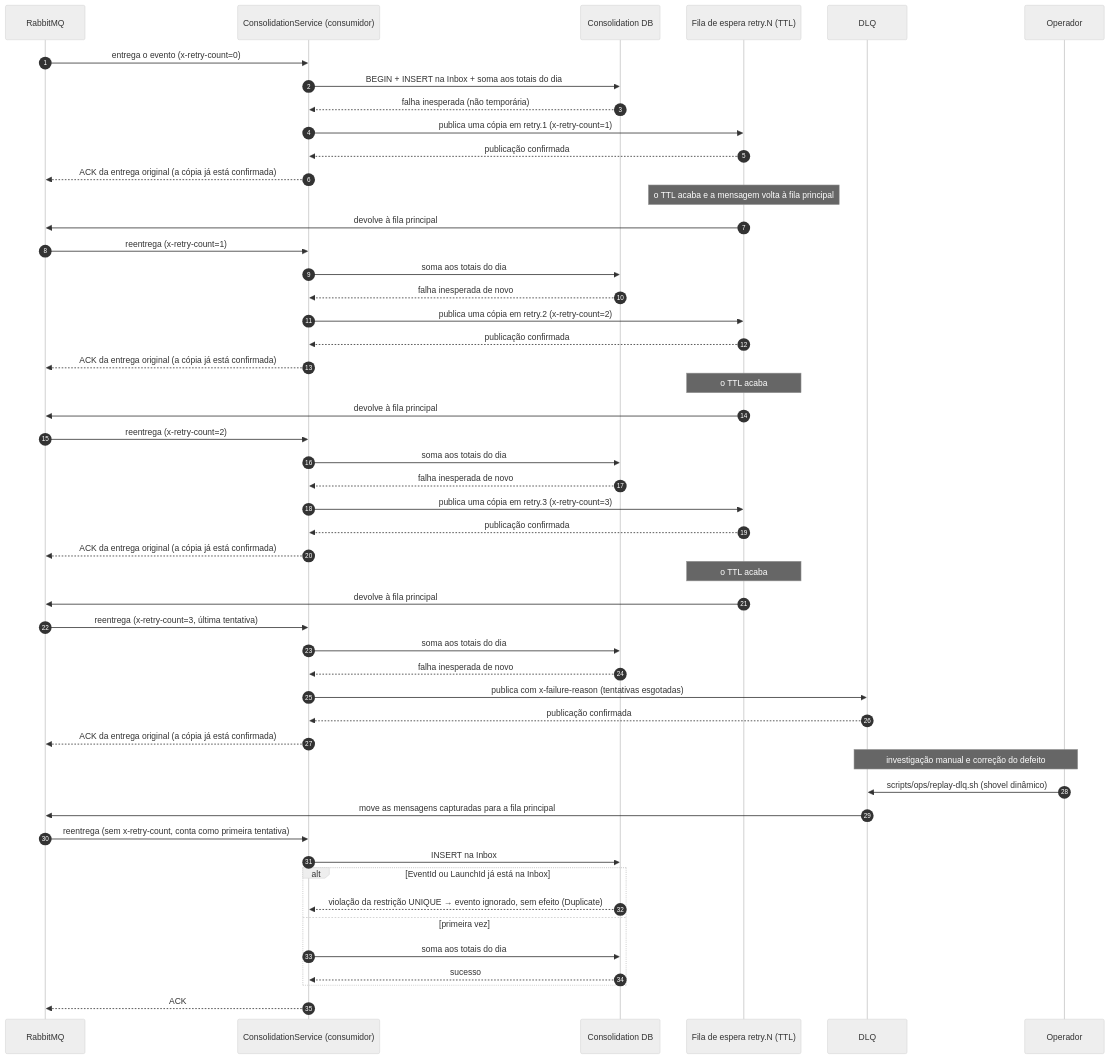
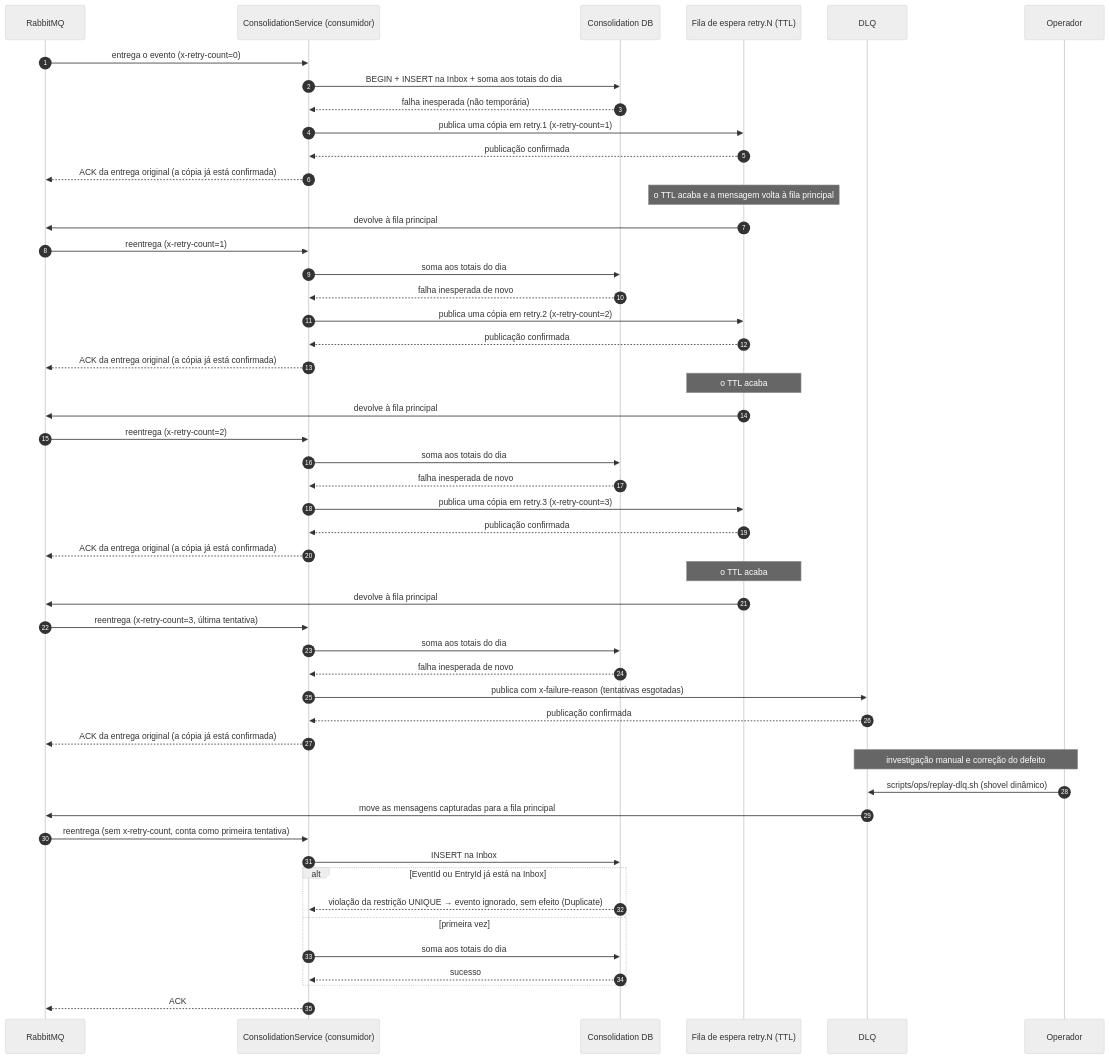
The diagram in docs/diagrams/08-sequence-dlq-replay.md (willianrattis/cashflow-daily-balance), drawn with Mermaid (neutral theme) before and after one commit. The commit also changed other lines of this file and 36 other files, not shown here.

Commit message:
docs: update cash flow entry terminology and evidence

````diff
--- a/docs/diagrams/08-sequence-dlq-replay.md
+++ b/docs/diagrams/08-sequence-dlq-replay.md
@@ -10,57 +10,57 @@
 ```mermaid
 sequenceDiagram
     autonumber
     participant Broker as RabbitMQ
     participant Worker as ConsolidationService (consumidor)
     participant CDB as Consolidation DB
     participant Retry as Fila de espera retry.N (TTL)
     participant DLQ as DLQ
     participant Op as Operador
 
     Broker->>Worker: entrega o evento (x-retry-count=0)
     Worker->>CDB: BEGIN + INSERT na Inbox + soma aos totais do dia
     CDB-->>Worker: falha inesperada (não temporária)
     Worker->>Retry: publica uma cópia em retry.1 (x-retry-count=1)
     Retry-->>Worker: publicação confirmada
     Worker-->>Broker: ACK da entrega original (a cópia já está confirmada)
     Note over Retry: o TTL acaba e a mensagem volta à fila principal
     Retry->>Broker: devolve à fila principal
 
     Broker->>Worker: reentrega (x-retry-count=1)
     Worker->>CDB: soma aos totais do dia
     CDB-->>Worker: falha inesperada de novo
     Worker->>Retry: publica uma cópia em retry.2 (x-retry-count=2)
     Retry-->>Worker: publicação confirmada
     Worker-->>Broker: ACK da entrega original (a cópia já está confirmada)
     Note over Retry: o TTL acaba
     Retry->>Broker: devolve à fila principal
 
     Broker->>Worker: reentrega (x-retry-count=2)
     Worker->>CDB: soma aos totais do dia
     CDB-->>Worker: falha inesperada de novo
     Worker->>Retry: publica uma cópia em retry.3 (x-retry-count=3)
     Retry-->>Worker: publicação confirmada
     Worker-->>Broker: ACK da entrega original (a cópia já está confirmada)
     Note over Retry: o TTL acaba
     Retry->>Broker: devolve à fila principal
 
     Broker->>Worker: reentrega (x-retry-count=3, última tentativa)
     Worker->>CDB: soma aos totais do dia
     CDB-->>Worker: falha inesperada de novo
     Worker->>DLQ: publica com x-failure-reason (tentativas esgotadas)
     DLQ-->>Worker: publicação confirmada
     Worker-->>Broker: ACK da entrega original (a cópia já está confirmada)
 
     Note over Op,DLQ: investigação manual e correção do defeito
     Op->>DLQ: scripts/ops/replay-dlq.sh (shovel dinâmico)
     DLQ->>Broker: move as mensagens capturadas para a fila principal
     Broker->>Worker: reentrega (sem x-retry-count, conta como primeira tentativa)
     Worker->>CDB: INSERT na Inbox
-    alt EventId ou LaunchId já está na Inbox
+    alt EventId ou EntryId já está na Inbox
         CDB-->>Worker: violação da restrição UNIQUE → evento ignorado, sem efeito (Duplicate)
     else primeira vez
         Worker->>CDB: soma aos totais do dia
         CDB-->>Worker: sucesso
     end
     Worker-->>Broker: ACK
 ```
````
